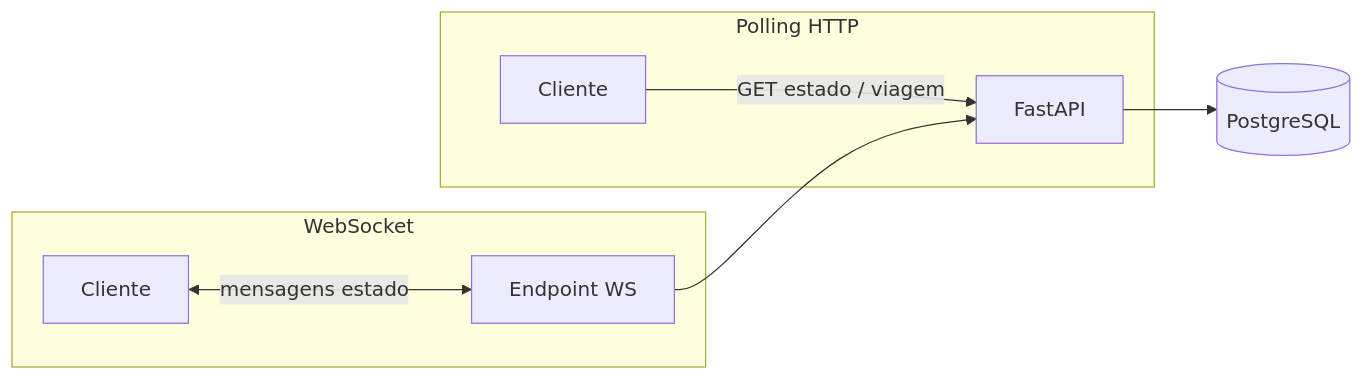
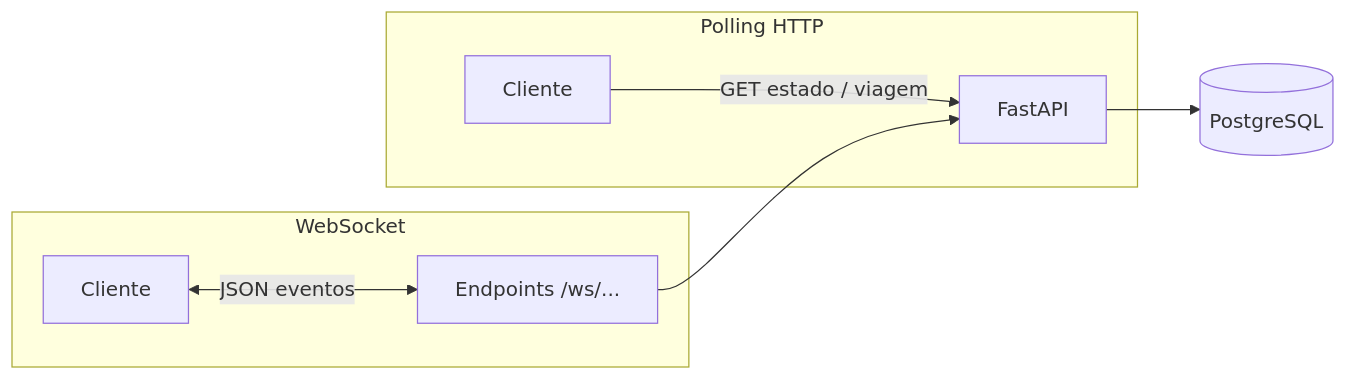
The first of 4 diagrams in docs/diagrams/04_REALTIME.md (frankbexxx/tvde), drawn with Mermaid before and after one commit. The commit also changed other lines of this file and 8 other files, not shown here.

First line of the commit message:
docs(ops): W1 smoke + parceiro em curso; diagramas 03/04/07

````diff
--- a/docs/diagrams/04_REALTIME.md
+++ b/docs/diagrams/04_REALTIME.md
@@ -5,15 +7,15 @@
 ```mermaid
 flowchart LR
   subgraph poll["Polling HTTP"]
     P1[Cliente]
     P1 -->|GET estado / viagem| API[FastAPI]
   end
 
   subgraph push["WebSocket"]
     P2[Cliente]
-    P2 <-->|mensagens estado| WS[Endpoint WS]
+    P2 <-->|JSON eventos| WS[Endpoints /ws/...]
     WS --> API
   end
 
   API --> DB[(PostgreSQL)]
 ```
````
